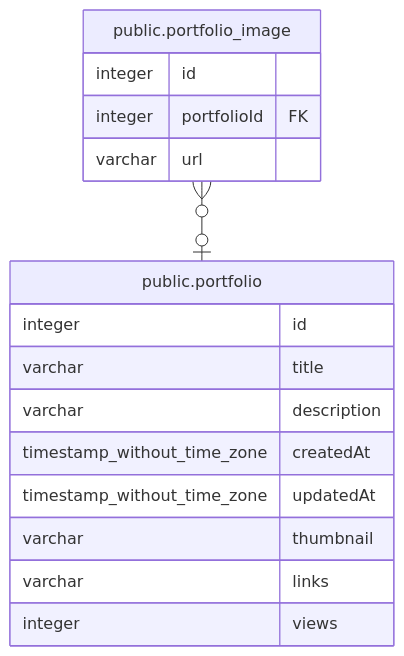
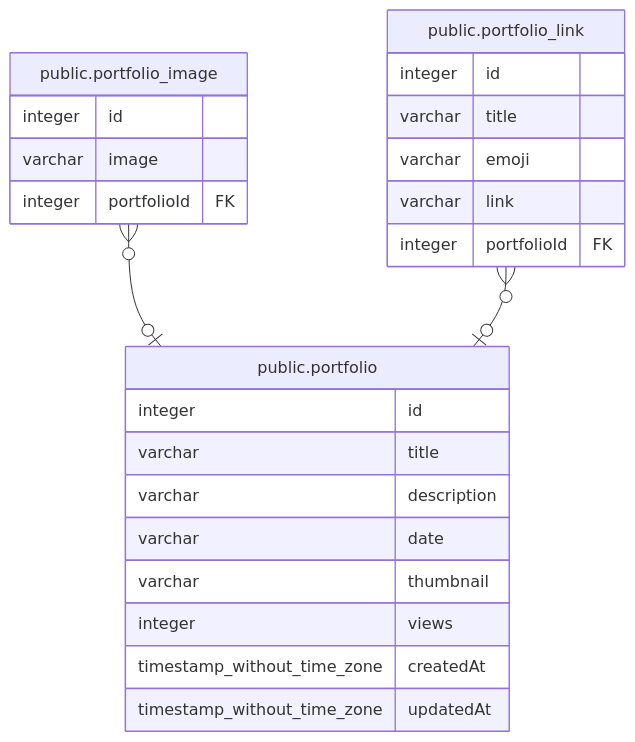
The diagram in docs/dbschema/README.md (yumekiti/portfolio), drawn with Mermaid before and after one commit. The commit also changed other lines of this file and 28 other files, not shown here.

````diff
--- a/docs/dbschema/README.md
+++ b/docs/dbschema/README.md
@@ -27,21 +13,29 @@
 ```mermaid
 erDiagram
 
 "public.portfolio_image" }o--o| "public.portfolio" : ""
+"public.portfolio_link" }o--o| "public.portfolio" : ""
 
 "public.portfolio" {
   integer id
   varchar title
   varchar description
+  varchar date
+  varchar thumbnail
+  integer views
   timestamp_without_time_zone createdAt
   timestamp_without_time_zone updatedAt
-  varchar thumbnail
-  varchar links
-  integer views
 }
 "public.portfolio_image" {
   integer id
+  varchar image
   integer portfolioId FK
-  varchar url
+}
+"public.portfolio_link" {
+  integer id
+  varchar title
+  varchar emoji
+  varchar link
+  integer portfolioId FK
 }
 ```
````
